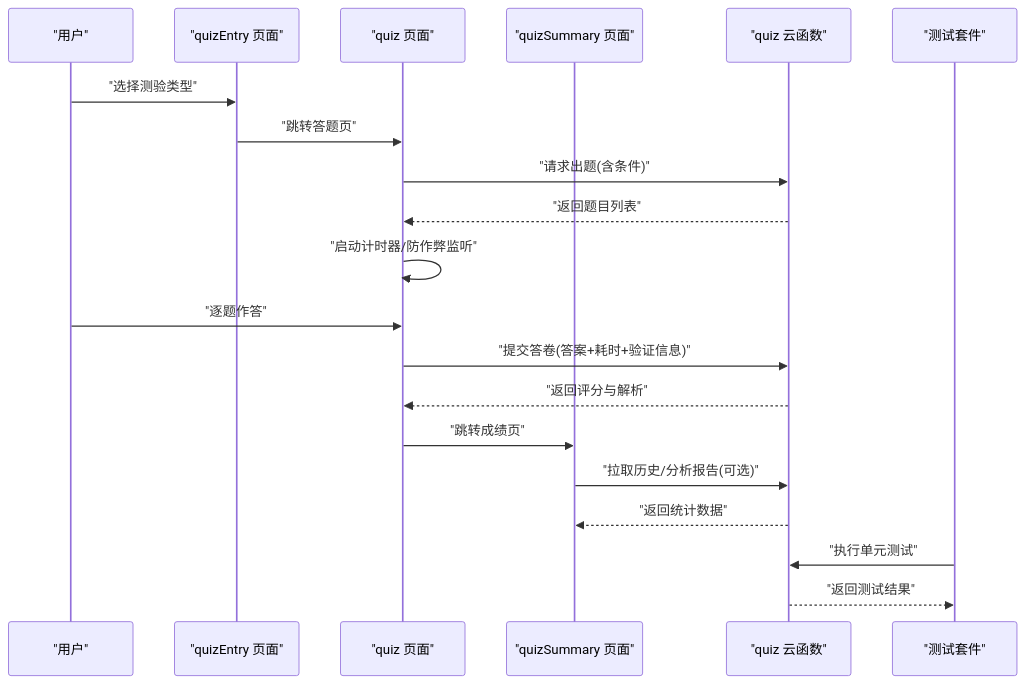
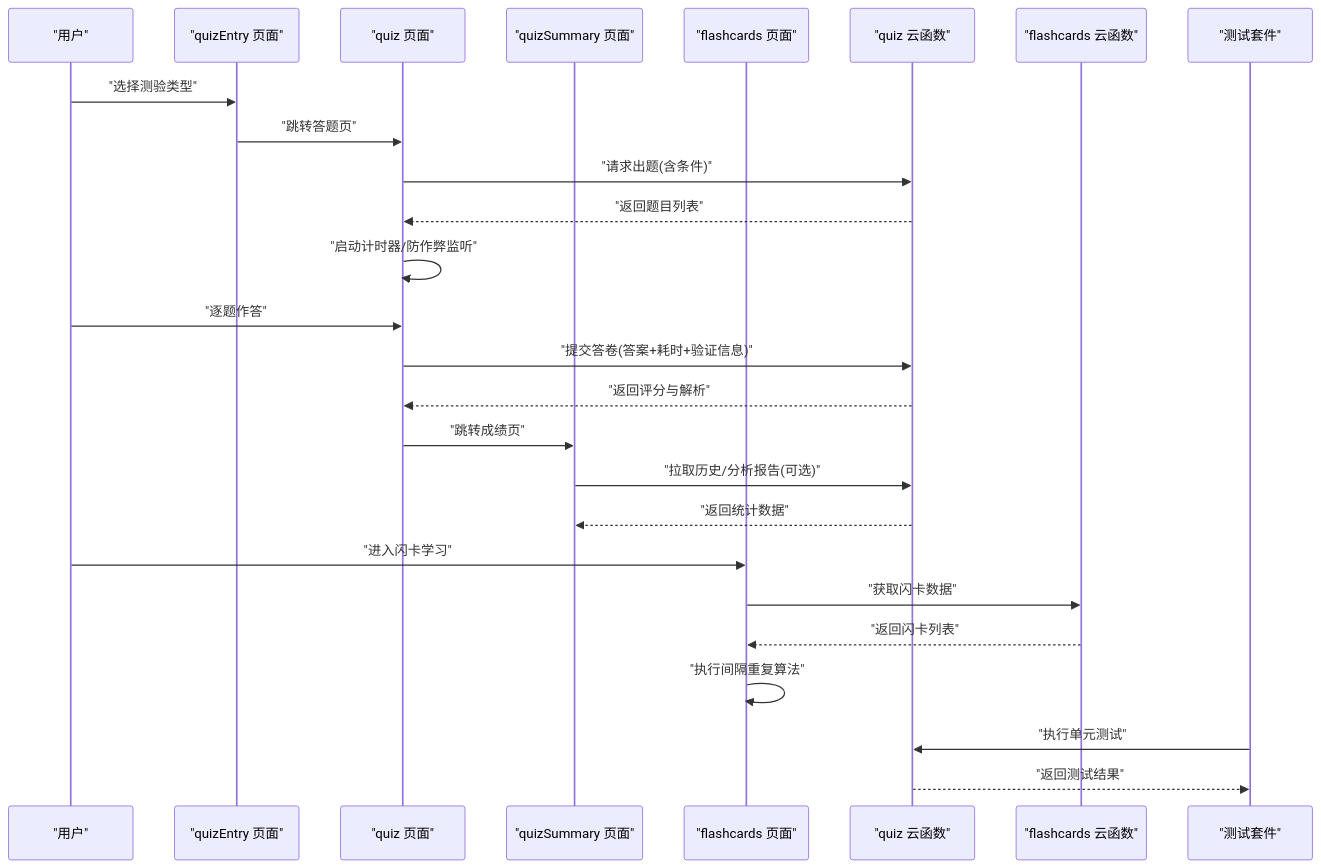
The second of 19 diagrams in .qoder/repowiki/zh/content/核心功能模块/测验系统/测验系统.md (cwb7756/bio), drawn with Mermaid before and after one commit. The commit also changed other lines of this file and 14 other files, not shown here.

First line of the commit message:
feat(knowledgeMap): 增强知识图谱功能，新增种子数据生成器

````diff
--- a/.qoder/repowiki/zh/content/核心功能模块/测验系统/测验系统.md
+++ b/.qoder/repowiki/zh/content/核心功能模块/测验系统/测验系统.md
@@ -125,22 +147,28 @@
 ```mermaid
 sequenceDiagram
 participant U as "用户"
 participant QE as "quizEntry 页面"
 participant P as "quiz 页面"
 participant S as "quizSummary 页面"
+participant F as "flashcards 页面"
 participant C as "quiz 云函数"
+participant CF as "flashcards 云函数"
 participant T as "测试套件"
 U->>QE : "选择测验类型"
 QE->>P : "跳转答题页"
 P->>C : "请求出题(含条件)"
 C-->>P : "返回题目列表"
 P->>P : "启动计时器/防作弊监听"
 U->>P : "逐题作答"
 P->>C : "提交答卷(答案+耗时+验证信息)"
 C-->>P : "返回评分与解析"
 P->>S : "跳转成绩页"
 S->>C : "拉取历史/分析报告(可选)"
 C-->>S : "返回统计数据"
+U->>F : "进入闪卡学习"
+F->>CF : "获取闪卡数据"
+CF-->>F : "返回闪卡列表"
+F->>F : "执行间隔重复算法"
 T->>C : "执行单元测试"
 C-->>T : "返回测试结果"
 ```
````
